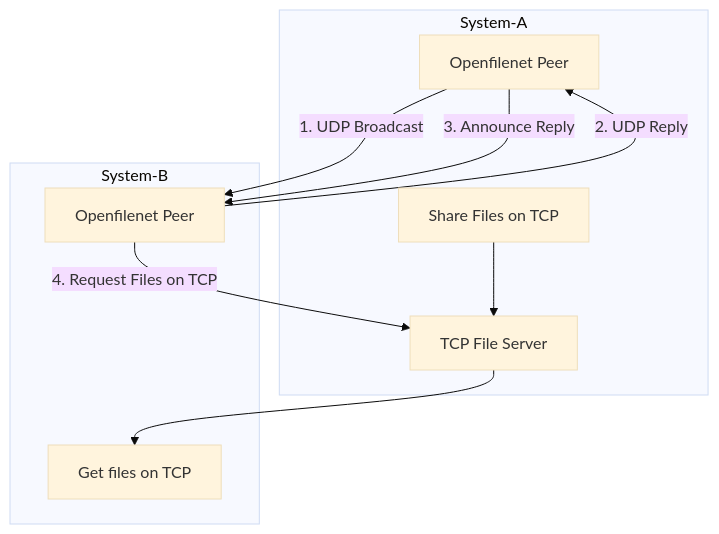
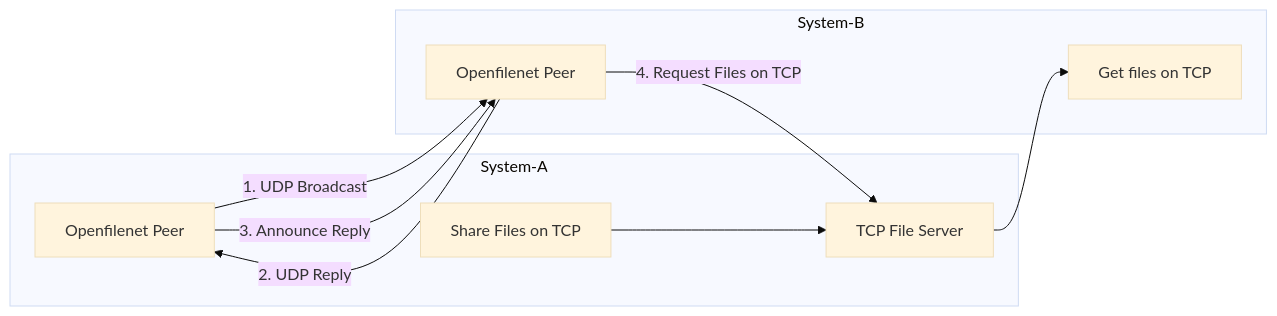
One commit to vamsi-karnam/openfilenet changed the diagram in README.md. Above: the diagram before and after it, drawn with Mermaid (base theme).

Commit message:
update flowchart

````diff
--- a/README.md
+++ b/README.md
@@ -44,21 +44,21 @@
 ```mermaid
-flowchart TD
+flowchart LR
 
 subgraph System-A
   P1[Openfilenet Peer]
   A1[Share Files on TCP]
   A2[TCP File Server]
 end
 
 subgraph System-B
   P2[Openfilenet Peer]
   B1[Get files on TCP]
 end
 
 P1 -- "1. UDP Broadcast" --> P2
 P2 -- "2. UDP Reply" --> P1
 P1 -- "3. Announce Reply" --> P2
 P2 -- "4. Request Files on TCP" --> A2 --> B1
 A1 --> A2 
 
 ```
````
